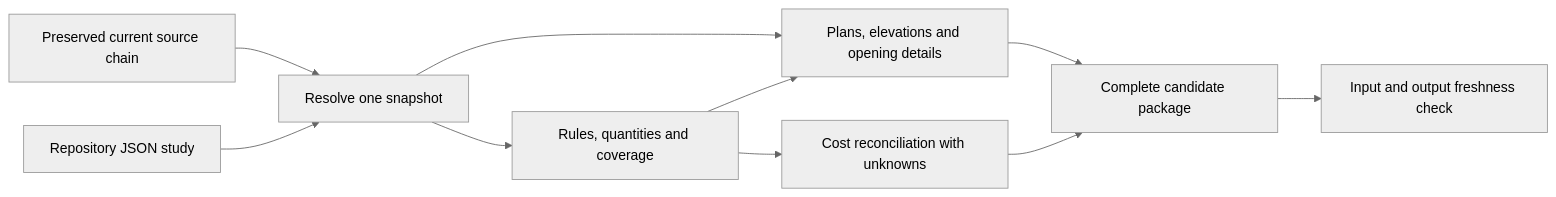
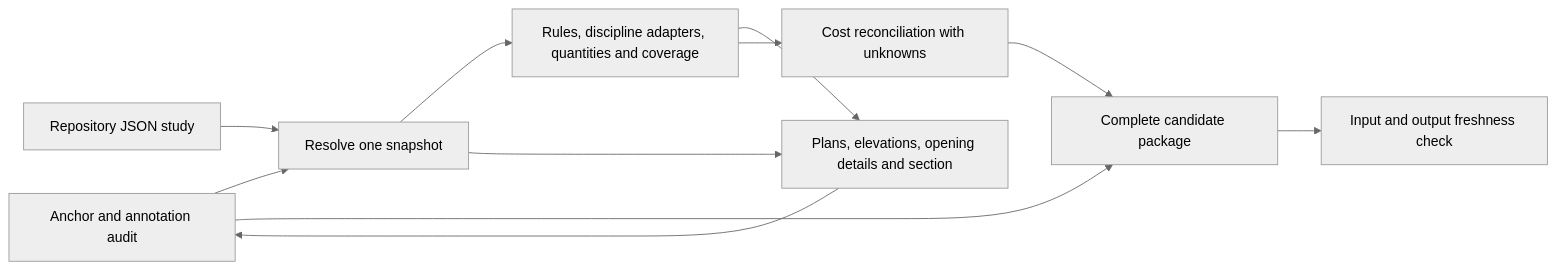
Before and after one commit to bultodepapas/DremHouse: the diagram in docs/06_gestion_y_obra/connected_coordination_workflow.md, drawn with Mermaid (neutral theme). The commit also changed other lines of this file and 46 other files, not shown here.

````diff
--- a/docs/06_gestion_y_obra/connected_coordination_workflow.md
+++ b/docs/06_gestion_y_obra/connected_coordination_workflow.md
@@ -34,12 +35,13 @@
 ```mermaid
 flowchart LR
     A[Preserved current source chain] --> R[Resolve one snapshot]
     B[Repository JSON study] --> R
-    R --> E[Rules, quantities and coverage]
-    R --> V[Plans, elevations and opening details]
+    R --> E[Rules, discipline adapters, quantities and coverage]
+    R --> V[Plans, elevations, opening details and section]
     E --> V
     E --> C[Cost reconciliation with unknowns]
-    V --> P[Complete candidate package]
+    V --> A[Anchor and annotation audit]
+    A --> P[Complete candidate package]
     C --> P
     P --> F[Input and output freshness check]
 ```
````
